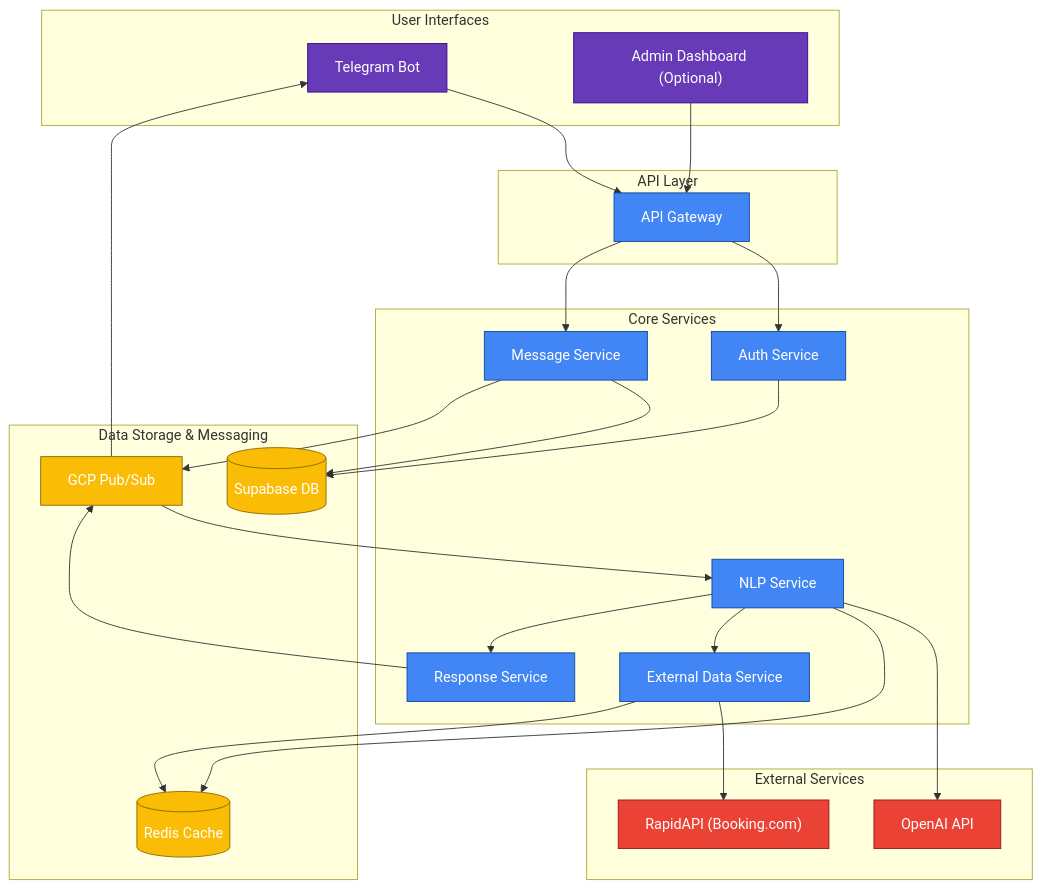
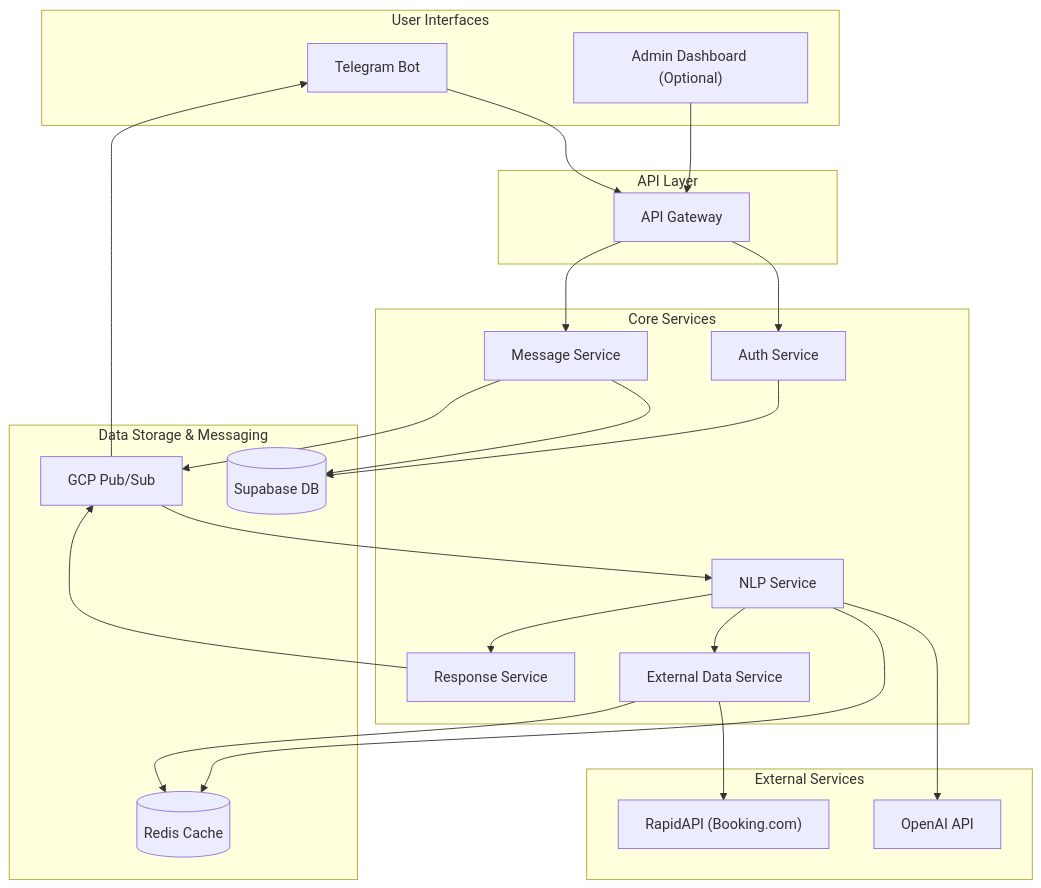
Before and after one commit to esakrissa/modern-isoner: the diagram in README.md, drawn with Mermaid.

Commit message:
Simplify Mermaid diagram to black and white

````diff
--- a/README.md
+++ b/README.md
@@ -29,64 +29,53 @@
 ```mermaid
 flowchart TD
     subgraph "User Interfaces"
         TB["Telegram Bot"]
         AD["Admin Dashboard (Optional)"]
     end
 
     subgraph "API Layer"
         AG["API Gateway"]
     end
 
     subgraph "Core Services"
         AS["Auth Service"]
         MS["Message Service"]
         NLP["NLP Service"]
         EDS["External Data Service"]
         RS["Response Service"]
     end
 
     subgraph "Data Storage & Messaging"
         SB[(Supabase DB)]
         PS["GCP Pub/Sub"]
         RC[(Redis Cache)]
     end
 
     subgraph "External Services"
         OAI["OpenAI API"]
         RAPI["RapidAPI (Booking.com)"]
     end
 
     TB --> AG
     AD --> AG
     
     AG --> AS
     AG --> MS
     
     AS --> SB
     MS --> SB
     MS --> PS
     
     PS --> NLP
     NLP --> OAI
     NLP --> RC
     
     NLP --> EDS
     NLP --> RS
     
     EDS --> RAPI
     EDS --> RC
     
     RS --> PS
     PS --> TB
-    
-    classDef primary fill:#4285F4,stroke:#0D47A1,color:white
-    classDef secondary fill:#34A853,stroke:#0D652D,color:white
-    classDef storage fill:#FBBC05,stroke:#866A00,color:white
-    classDef external fill:#EA4335,stroke:#8A1C1C,color:white
-    classDef ui fill:#673AB7,stroke:#320B86,color:white
-    
-    class TB,AD ui
-    class AG,AS,MS,NLP,EDS,RS primary
-    class SB,PS,RC storage
-    class OAI,RAPI external
 ```
````
